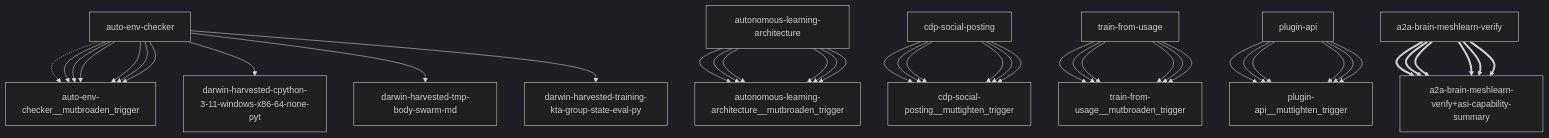
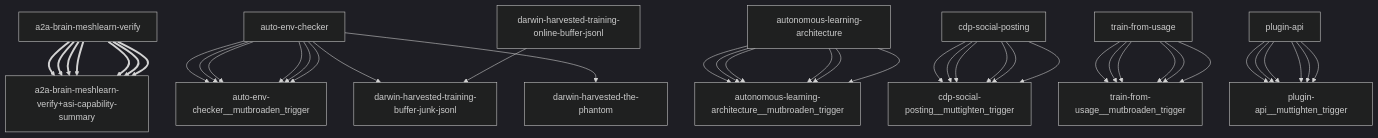
The diagram in reports/darwin-report.md (openamer/openamer), drawn with Mermaid (dark theme) before and after one commit. The commit also changed other lines of this file and 2 other files, not shown here.

First line of the commit message:
chore(reports): cron auto-commit 2026-09-22

````diff
--- a/reports/darwin-report.md
+++ b/reports/darwin-report.md
@@ -66,43 +66,43 @@
 ```mermaid
 graph TD
-    auto-env-checker["auto-env-checker"] -.-> auto-env-checker__mutbroaden_trigger["auto-env-checker__mutbroaden_trigger"]
-    auto-env-checker["auto-env-checker"] --> darwin-harvested-cpython-3-11-windows-x86-64-none-pyt["darwin-harvested-cpython-3-11-windows-x86-64-none-pyt"]
-    auto-env-checker["auto-env-checker"] --> darwin-harvested-tmp-body-swarm-md["darwin-harvested-tmp-body-swarm-md"]
-    auto-env-checker["auto-env-checker"] --> auto-env-checker__mutbroaden_trigger["auto-env-checker__mutbroaden_trigger"]
-    autonomous-learning-architecture["autonomous-learning-architecture"] --> autonomous-learning-architecture__mutbroaden_trigger["autonomous-learning-architecture__mutbroaden_trigger"]
-    cdp-social-posting["cdp-social-posting"] --> cdp-social-posting__muttighten_trigger["cdp-social-posting__muttighten_trigger"]
-    train-from-usage["train-from-usage"] --> train-from-usage__mutbroaden_trigger["train-from-usage__mutbroaden_trigger"]
-    plugin-api["plugin-api"] --> plugin-api__muttighten_trigger["plugin-api__muttighten_trigger"]
     a2a-brain-meshlearn-verify["a2a-brain-meshlearn-verify"] ==> a2a-brain-meshlearn-verify+asi-capability-summary["a2a-brain-meshlearn-verify+asi-capability-summary"]
-    auto-env-checker["auto-env-checker"] --> darwin-harvested-training-kta-group-state-eval-py["darwin-harvested-training-kta-group-state-eval-py"]
     auto-env-checker["auto-env-checker"] --> auto-env-checker__mutbroaden_trigger["auto-env-checker__mutbroaden_trigger"]
     autonomous-learning-architecture["autonomous-learning-architecture"] --> autonomous-learning-architecture__mutbroaden_trigger["autonomous-learning-architecture__mutbroaden_trigger"]
     cdp-social-posting["cdp-social-posting"] --> cdp-social-posting__muttighten_trigger["cdp-social-posting__muttighten_trigger"]
     train-from-usage["train-from-usage"] --> train-from-usage__mutbroaden_trigger["train-from-usage__mutbroaden_trigger"]
     plugin-api["plugin-api"] --> plugin-api__muttighten_trigger["plugin-api__muttighten_trigger"]
     a2a-brain-meshlearn-verify["a2a-brain-meshlearn-verify"] ==> a2a-brain-meshlearn-verify+asi-capability-summary["a2a-brain-meshlearn-verify+asi-capability-summary"]
     auto-env-checker["auto-env-checker"] --> auto-env-checker__mutbroaden_trigger["auto-env-checker__mutbroaden_trigger"]
     autonomous-learning-architecture["autonomous-learning-architecture"] --> autonomous-learning-architecture__mutbroaden_trigger["autonomous-learning-architecture__mutbroaden_trigger"]
     cdp-social-posting["cdp-social-posting"] --> cdp-social-posting__muttighten_trigger["cdp-social-posting__muttighten_trigger"]
     train-from-usage["train-from-usage"] --> train-from-usage__mutbroaden_trigger["train-from-usage__mutbroaden_trigger"]
     plugin-api["plugin-api"] --> plugin-api__muttighten_trigger["plugin-api__muttighten_trigger"]
     a2a-brain-meshlearn-verify["a2a-brain-meshlearn-verify"] ==> a2a-brain-meshlearn-verify+asi-capability-summary["a2a-brain-meshlearn-verify+asi-capability-summary"]
     auto-env-checker["auto-env-checker"] --> auto-env-checker__mutbroaden_trigger["auto-env-checker__mutbroaden_trigger"]
     autonomous-learning-architecture["autonomous-learning-architecture"] --> autonomous-learning-architecture__mutbroaden_trigger["autonomous-learning-architecture__mutbroaden_trigger"]
     cdp-social-posting["cdp-social-posting"] --> cdp-social-posting__muttighten_trigger["cdp-social-posting__muttighten_trigger"]
     train-from-usage["train-from-usage"] --> train-from-usage__mutbroaden_trigger["train-from-usage__mutbroaden_trigger"]
     plugin-api["plugin-api"] --> plugin-api__muttighten_trigger["plugin-api__muttighten_trigger"]
     a2a-brain-meshlearn-verify["a2a-brain-meshlearn-verify"] ==> a2a-brain-meshlearn-verify+asi-capability-summary["a2a-brain-meshlearn-verify+asi-capability-summary"]
     auto-env-checker["auto-env-checker"] --> auto-env-checker__mutbroaden_trigger["auto-env-checker__mutbroaden_trigger"]
     autonomous-learning-architecture["autonomous-learning-architecture"] --> autonomous-learning-architecture__mutbroaden_trigger["autonomous-learning-architecture__mutbroaden_trigger"]
     cdp-social-posting["cdp-social-posting"] --> cdp-social-posting__muttighten_trigger["cdp-social-posting__muttighten_trigger"]
     train-from-usage["train-from-usage"] --> train-from-usage__mutbroaden_trigger["train-from-usage__mutbroaden_trigger"]
     plugin-api["plugin-api"] --> plugin-api__muttighten_trigger["plugin-api__muttighten_trigger"]
     a2a-brain-meshlearn-verify["a2a-brain-meshlearn-verify"] ==> a2a-brain-meshlearn-verify+asi-capability-summary["a2a-brain-meshlearn-verify+asi-capability-summary"]
     auto-env-checker["auto-env-checker"] --> auto-env-checker__mutbroaden_trigger["auto-env-checker__mutbroaden_trigger"]
     autonomous-learning-architecture["autonomous-learning-architecture"] --> autonomous-learning-architecture__mutbroaden_trigger["autonomous-learning-architecture__mutbroaden_trigger"]
     cdp-social-posting["cdp-social-posting"] --> cdp-social-posting__muttighten_trigger["cdp-social-posting__muttighten_trigger"]
     train-from-usage["train-from-usage"] --> train-from-usage__mutbroaden_trigger["train-from-usage__mutbroaden_trigger"]
     plugin-api["plugin-api"] --> plugin-api__muttighten_trigger["plugin-api__muttighten_trigger"]
     a2a-brain-meshlearn-verify["a2a-brain-meshlearn-verify"] ==> a2a-brain-meshlearn-verify+asi-capability-summary["a2a-brain-meshlearn-verify+asi-capability-summary"]
+    auto-env-checker["auto-env-checker"] --> darwin-harvested-training-buffer-junk-jsonl["darwin-harvested-training-buffer-junk-jsonl"]
+    auto-env-checker["auto-env-checker"] --> darwin-harvested-the-phantom["darwin-harvested-the-phantom"]
+    auto-env-checker["auto-env-checker"] --> auto-env-checker__mutbroaden_trigger["auto-env-checker__mutbroaden_trigger"]
+    autonomous-learning-architecture["autonomous-learning-architecture"] --> autonomous-learning-architecture__mutbroaden_trigger["autonomous-learning-architecture__mutbroaden_trigger"]
+    cdp-social-posting["cdp-social-posting"] --> cdp-social-posting__muttighten_trigger["cdp-social-posting__muttighten_trigger"]
+    train-from-usage["train-from-usage"] --> train-from-usage__mutbroaden_trigger["train-from-usage__mutbroaden_trigger"]
+    plugin-api["plugin-api"] --> plugin-api__muttighten_trigger["plugin-api__muttighten_trigger"]
+    a2a-brain-meshlearn-verify["a2a-brain-meshlearn-verify"] ==> a2a-brain-meshlearn-verify+asi-capability-summary["a2a-brain-meshlearn-verify+asi-capability-summary"]
+    darwin-harvested-training-online-buffer-jsonl["darwin-harvested-training-online-buffer-jsonl"] --> darwin-harvested-training-buffer-junk-jsonl["darwin-harvested-training-buffer-junk-jsonl"]
 ```
````
